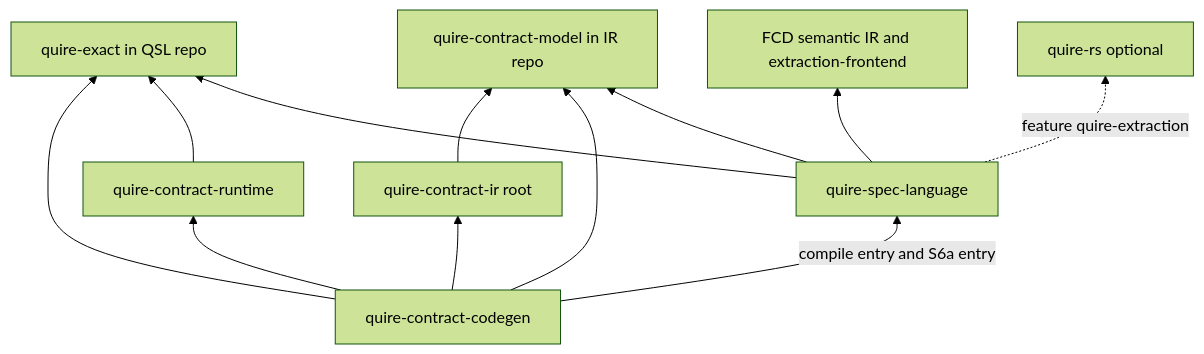
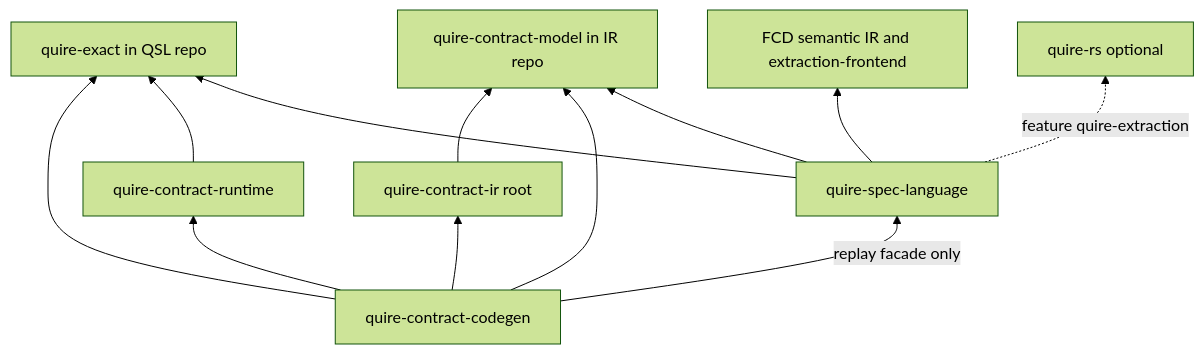
One commit to agent-ix/quire-spec-language changed the second of 2 diagrams in spec/decisions/ADR-011-stage-dag-and-dependency-architecture.md. Above: the diagram before and after it, drawn with Mermaid (forest theme). The commit also changed other lines of this file and 1 other file, not shown here.

````diff
--- a/spec/decisions/ADR-011-stage-dag-and-dependency-architecture.md
+++ b/spec/decisions/ADR-011-stage-dag-and-dependency-architecture.md
@@ -589,22 +605,22 @@
 ```mermaid
 flowchart BT
   QX[quire-exact in QSL repo]
   QSL[quire-spec-language]
   CM[quire-contract-model in IR repo]
   IR[quire-contract-ir root]
   RT[quire-contract-runtime]
   CG[quire-contract-codegen]
   FCD[FCD semantic IR and extraction-frontend]
   QRS[quire-rs optional]
   QSL --> QX
   QSL --> CM
   QSL --> FCD
   QSL -.->|feature quire-extraction| QRS
   RT --> QX
   CG --> QX
   CG --> CM
   CG --> IR
   CG --> RT
-  CG -->|compile entry and S6a entry| QSL
+  CG -->|replay facade only| QSL
   IR --> CM
 ```
````
